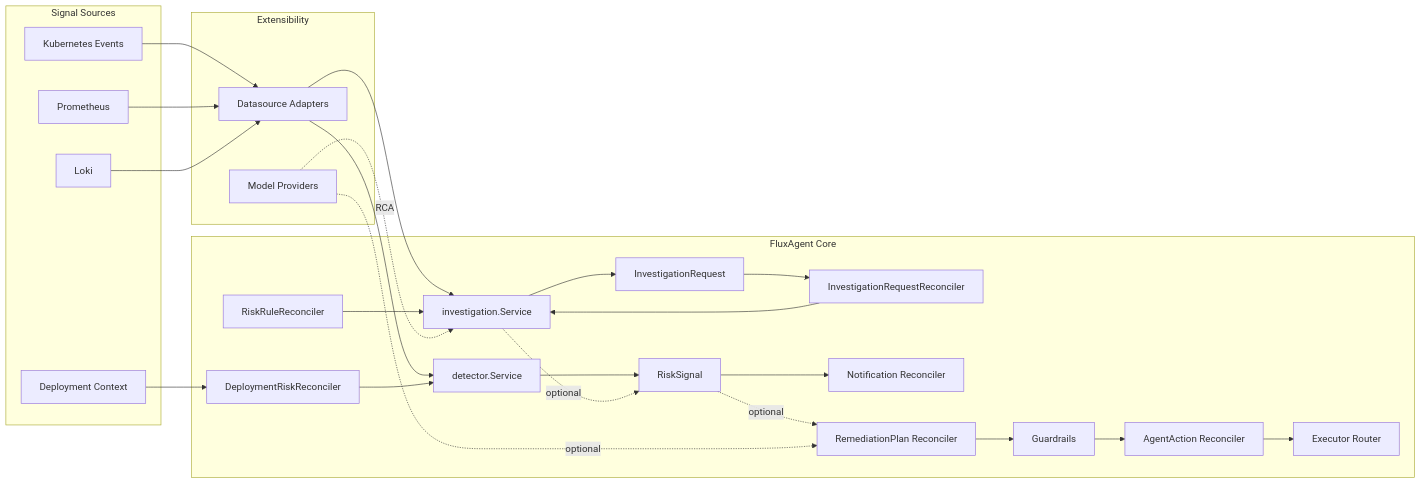
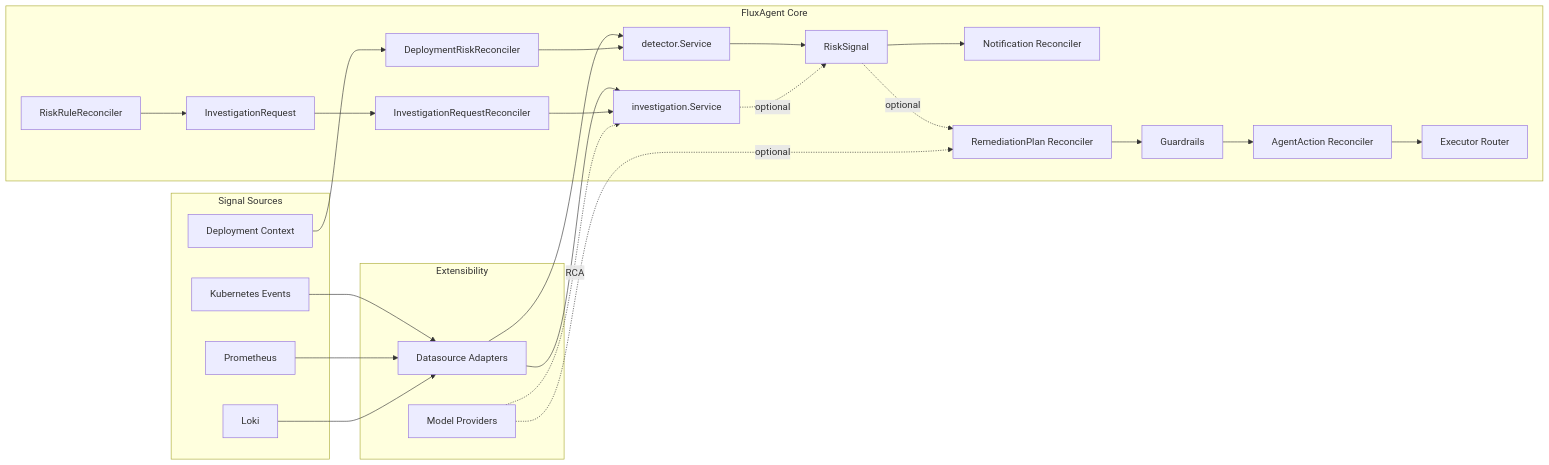
One commit to FluxSeer/fluxseer-rca changed the diagram in docs/architecture/overview.md. Above: the diagram before and after it, drawn with Mermaid. The commit also changed other lines of this file and 10 other files, not shown here.

Commit message:
docs: align v0.3 RCA architecture claims

````diff
--- a/docs/architecture/overview.md
+++ b/docs/architecture/overview.md
@@ -452,50 +453,49 @@
 ```mermaid
 flowchart LR
     subgraph Sources[Signal Sources]
         E[Kubernetes Events]
         P[Prometheus]
         L[Loki]
         D[Deployment Context]
     end
 
     subgraph Core[FluxAgent Core]
         R1[DeploymentRiskReconciler]
         RR[RiskRuleReconciler]
         IR[InvestigationRequestReconciler]
         DET[detector.Service]
         INV[investigation.Service]
         RS[RiskSignal]
         IQ[InvestigationRequest]
         N[Notification Reconciler]
         RP[RemediationPlan Reconciler]
         G[Guardrails]
         AA[AgentAction Reconciler]
         X[Executor Router]
     end
 
     subgraph Ext[Extensibility]
         DS[Datasource Adapters]
         MG[Model Providers]
     end
 
     D --> R1
     E --> DS
     P --> DS
     L --> DS
     DS --> DET
     DS --> INV
     R1 --> DET
-    RR --> INV
+    RR --> IQ
     IQ --> IR
     IR --> INV
     DET --> RS
-    INV --> IQ
     INV -. optional .-> RS
     RS --> N
     RS -. optional .-> RP
     MG -. optional .-> RP
     MG -. RCA .-> INV
     RP --> G
     G --> AA
     AA --> X
 ```
````
